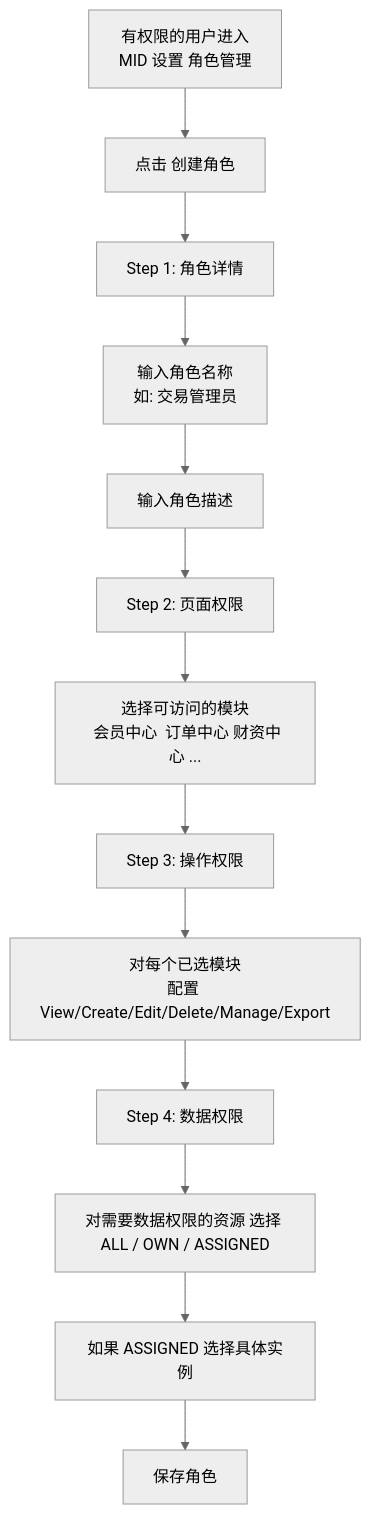
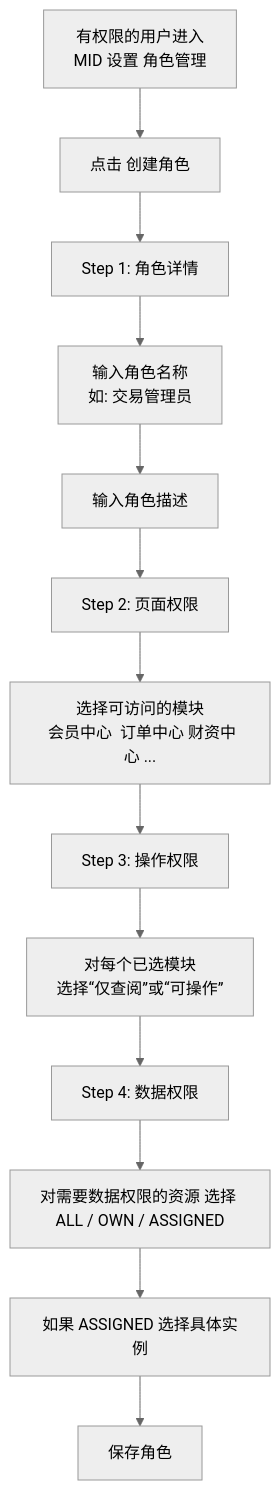
Before and after one commit to xiaoxiaoangie/EX-NEW: the eighth of 19 diagrams in USERPERMISSIONS/prd/Users-Roles-Permissions.md, drawn with Mermaid (neutral theme). The commit also changed other lines of this file and 29 other files, not shown here.

````diff
--- a/USERPERMISSIONS/prd/Users-Roles-Permissions.md
+++ b/USERPERMISSIONS/prd/Users-Roles-Permissions.md
@@ -487,20 +487,20 @@
 ```mermaid
 flowchart TD
     A[有权限的用户进入<br/>MID 设置  角色管理] --> B[点击 创建角色 ]
 
     B --> C[Step 1: 角色详情]
     C --> C1[输入角色名称<br/>如: 交易管理员]
     C1 --> C2[输入角色描述]
 
     C2 --> D[Step 2: 页面权限]
     D --> D1["选择可访问的模块<br/> 会员中心  订单中心 财资中心 ..."]
 
     D1 --> E[Step 3: 操作权限]
-    E --> E1["对每个已选模块<br/>配置 View/Create/Edit/Delete/Manage/Export"]
+    E --> E1["对每个已选模块<br/>选择“仅查阅”或“可操作”"]
 
     E1 --> F[Step 4: 数据权限]
     F --> F1["对需要数据权限的资源 选择 ALL / OWN / ASSIGNED"]
     F1 --> F2["如果 ASSIGNED 选择具体实例"]
 
     F2 --> G[保存角色]
 ```
````
